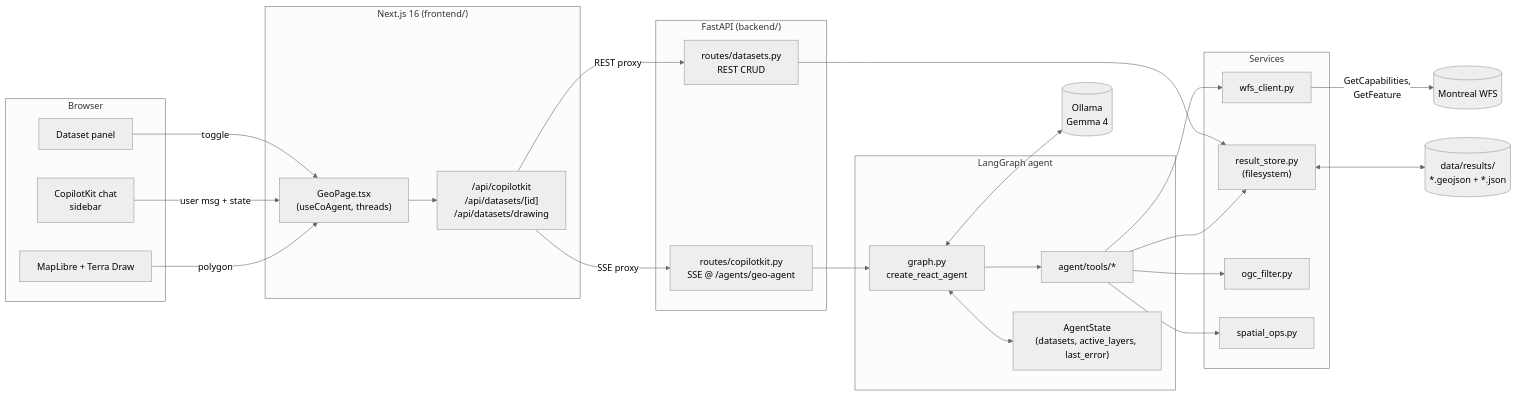
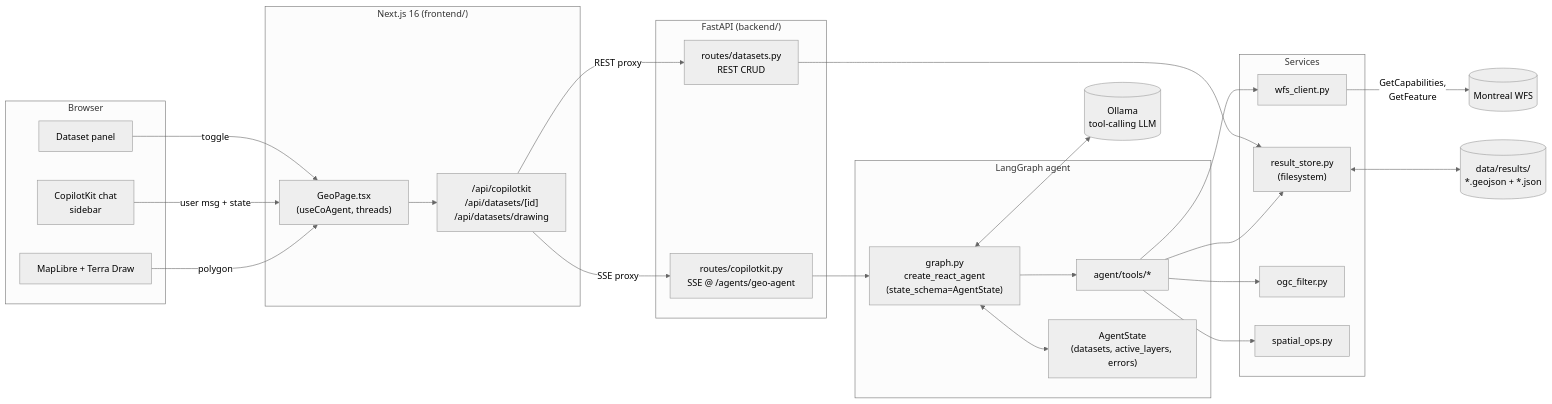
The first of 9 diagrams in docs/ARCHITECTURE.md (julien-riel/geo-agent), drawn with Mermaid (neutral theme) before and after one commit. The commit also changed other lines of this file, not shown here.

First line of the commit message:
docs(architecture): reflect structured errors and single-source-of-truth refactor

````diff
--- a/docs/ARCHITECTURE.md
+++ b/docs/ARCHITECTURE.md
@@ -30,57 +30,57 @@
 ```mermaid
 flowchart LR
     subgraph Browser["Browser"]
         Map["MapLibre + Terra Draw"]
         Chat["CopilotKit chat<br/>sidebar"]
         Panel["Dataset panel"]
     end
 
     subgraph Next["Next.js 16 (frontend/)"]
         GeoPage["GeoPage.tsx<br/>(useCoAgent, threads)"]
         APIRoutes["/api/copilotkit<br/>/api/datasets/[id]<br/>/api/datasets/drawing"]
     end
 
     subgraph FastAPI["FastAPI (backend/)"]
         Copilot["routes/copilotkit.py<br/>SSE @ /agents/geo-agent"]
         Datasets["routes/datasets.py<br/>REST CRUD"]
     end
 
     subgraph Agent["LangGraph agent"]
-        Graph["graph.py<br/>create_react_agent"]
+        Graph["graph.py<br/>create_react_agent<br/>(state_schema=AgentState)"]
         Tools["agent/tools/*"]
-        State["AgentState<br/>(datasets, active_layers, last_error)"]
+        State["AgentState<br/>(datasets, active_layers, errors)"]
     end
 
     subgraph Services["Services"]
         WFS["wfs_client.py"]
         Store["result_store.py<br/>(filesystem)"]
         OGC["ogc_filter.py"]
         Ops["spatial_ops.py"]
     end
 
-    LLM[("Ollama<br/>Gemma 4")]
+    LLM[("Ollama<br/>tool-calling LLM")]
     WFSSrv[("Montreal WFS")]
     FS[("data/results/<br/>*.geojson + *.json")]
 
     Map -->|polygon| GeoPage
     Chat -->|user msg + state| GeoPage
     Panel -->|toggle| GeoPage
 
     GeoPage --> APIRoutes
     APIRoutes -->|SSE proxy| Copilot
     APIRoutes -->|REST proxy| Datasets
 
     Copilot --> Graph
     Graph <--> State
     Graph --> Tools
     Graph <--> LLM
 
     Tools --> WFS
     Tools --> Store
     Tools --> OGC
     Tools --> Ops
 
     WFS -->|GetCapabilities,<br/>GetFeature| WFSSrv
     Store <--> FS
     Datasets --> Store
 ```
````
